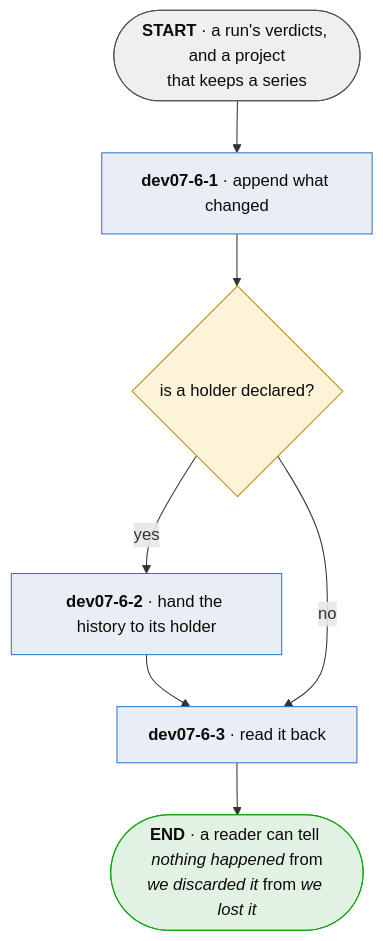
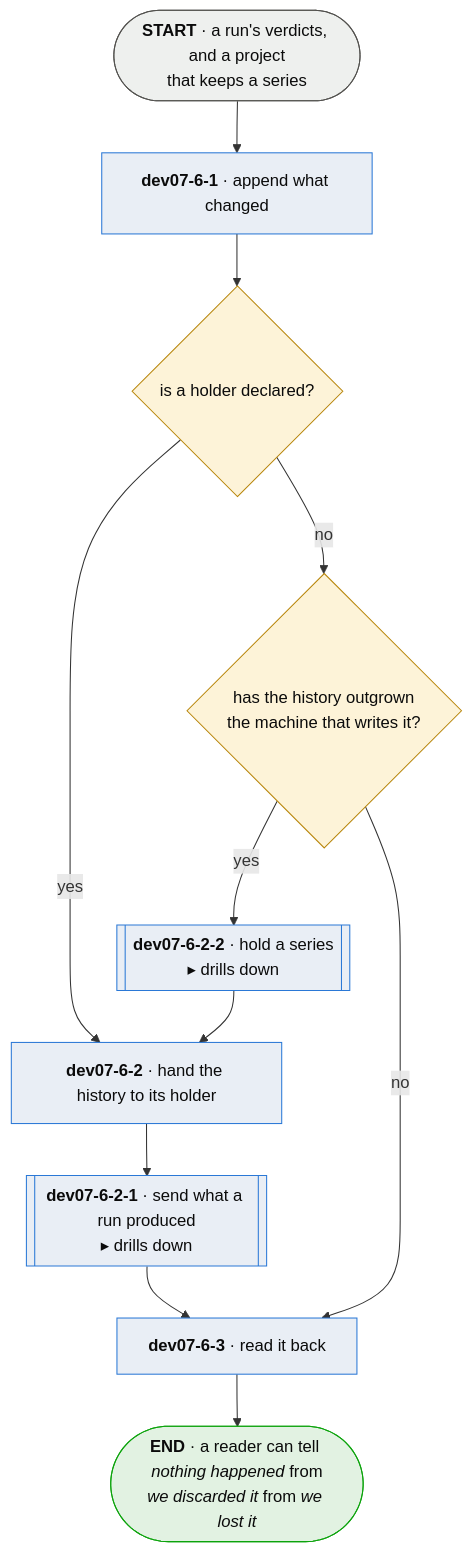
The diagram in spec/diagrams/dev07-6-append-the-run-to-the-series.md (plumbspec/plumb), drawn with Mermaid before and after one commit. The commit also changed other lines of this file and 54 other files, not shown here.

````diff
--- a/spec/diagrams/dev07-6-append-the-run-to-the-series.md
+++ b/spec/diagrams/dev07-6-append-the-run-to-the-series.md
@@ -15,21 +15,27 @@
 ```mermaid
 flowchart TD
     IN([<b>START</b> · a run's verdicts, and a project<br/>that keeps a series]):::terminal
 
     APPEND[<b>dev07-6-1</b> · append what changed]:::process
     HOLDQ{is a holder declared?}:::question
     SEND[<b>dev07-6-2</b> · hand the history to its holder]:::process
+    SND[[<b>dev07-6-2-1</b> · send what a run produced<br/>▸ drills down]]:::subroutine
+    GROWNQ{has the history outgrown<br/>the machine that writes it?}:::question
+    HOL[[<b>dev07-6-2-2</b> · hold a series<br/>▸ drills down]]:::subroutine
     READ[<b>dev07-6-3</b> · read it back]:::process
 
     OUT([<b>END</b> · a reader can tell <i>nothing happened</i> from<br/><i>we discarded it</i> from <i>we lost it</i>]):::good
 
     IN --> APPEND --> HOLDQ
-    HOLDQ -->|yes| SEND --> READ
-    HOLDQ -->|no| READ
+    HOLDQ -->|yes| SEND --> SND --> READ
+    HOLDQ -->|no| GROWNQ
+    GROWNQ -->|yes| HOL --> SEND
+    GROWNQ -->|no| READ
     READ --> OUT
 
     classDef terminal fill:#eef0ee,stroke:#52514e,color:#0b0b0b;
     classDef process fill:#e9eef5,stroke:#2a78d6,color:#0b0b0b;
+    classDef subroutine fill:#e9eef5,stroke:#2a78d6,color:#0b0b0b;
     classDef question fill:#fdf3d8,stroke:#b8860b,color:#0b0b0b;
     classDef good fill:#e2f2e2,stroke:#0ca30c,color:#0b0b0b;
 ```
````
